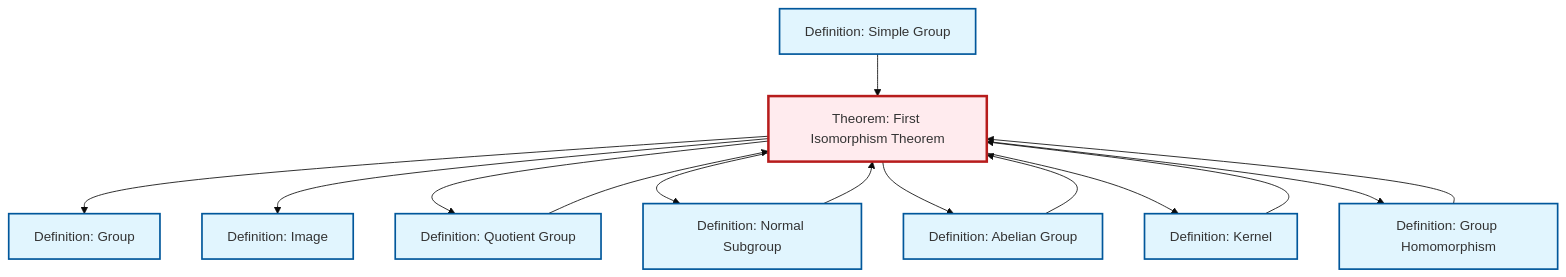
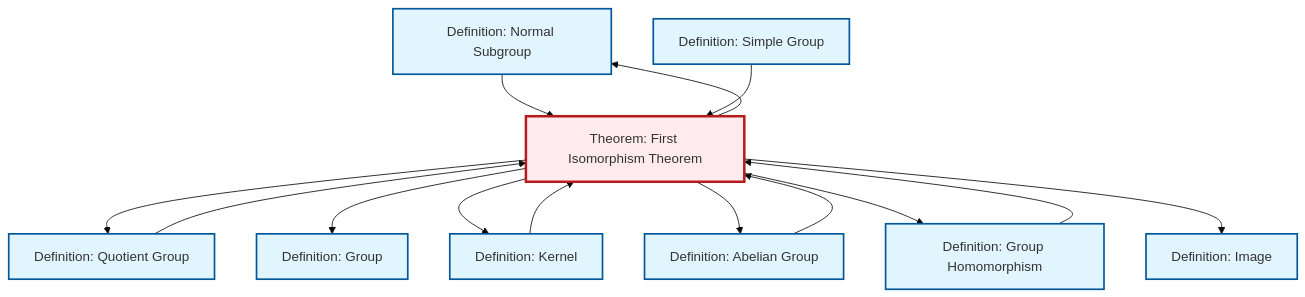
The diagram in content/en/algebra/thm-first-isomorphism.qmd (RK0429/ModernMath), drawn with Mermaid (base theme) before and after one commit. The commit also changed other lines of this file and 619 other files, not shown here.

````diff
--- a/content/en/algebra/thm-first-isomorphism.qmd
+++ b/content/en/algebra/thm-first-isomorphism.qmd
@@ -100,40 +100,40 @@
 ```{mermaid}
 %%| fig-cap: "Local dependency graph"
 graph TD
     classDef definition fill:#e1f5fe,stroke:#01579b,stroke-width:2px
     classDef theorem fill:#f3e5f5,stroke:#4a148c,stroke-width:2px
     classDef axiom fill:#fff3e0,stroke:#e65100,stroke-width:2px
     classDef example fill:#e8f5e9,stroke:#1b5e20,stroke-width:2px
     classDef current fill:#ffebee,stroke:#b71c1c,stroke-width:3px
-    def-simple-group["Definition: Simple Group"]:::definition
-    def-homomorphism["Definition: Group Homomorphism"]:::definition
+    def-normal-subgroup["Definition: Normal Subgroup"]:::definition
+    def-abelian-group["Definition: Abelian Group"]:::definition
+    def-group["Definition: Group"]:::definition
     def-kernel["Definition: Kernel"]:::definition
     thm-first-isomorphism["Theorem: First Isomorphism Theorem"]:::theorem
-    def-normal-subgroup["Definition: Normal Subgroup"]:::definition
-    def-abelian-group["Definition: Abelian Group"]:::definition
     def-quotient-group["Definition: Quotient Group"]:::definition
-    def-group["Definition: Group"]:::definition
+    def-homomorphism["Definition: Group Homomorphism"]:::definition
+    def-simple-group["Definition: Simple Group"]:::definition
     def-image["Definition: Image"]:::definition
+    thm-first-isomorphism --> def-quotient-group
+    def-homomorphism --> thm-first-isomorphism
+    def-abelian-group --> thm-first-isomorphism
+    def-kernel --> thm-first-isomorphism
     thm-first-isomorphism --> def-group
-    def-kernel --> thm-first-isomorphism
-    thm-first-isomorphism --> def-image
-    def-abelian-group --> thm-first-isomorphism
-    thm-first-isomorphism --> def-quotient-group
+    thm-first-isomorphism --> def-kernel
+    thm-first-isomorphism --> def-normal-subgroup
+    thm-first-isomorphism --> def-abelian-group
     def-normal-subgroup --> thm-first-isomorphism
-    thm-first-isomorphism --> def-normal-subgroup
-    def-quotient-group --> thm-first-isomorphism
-    thm-first-isomorphism --> def-abelian-group
-    thm-first-isomorphism --> def-kernel
-    def-homomorphism --> thm-first-isomorphism
     def-simple-group --> thm-first-isomorphism
     thm-first-isomorphism --> def-homomorphism
+    def-quotient-group --> thm-first-isomorphism
+    thm-first-isomorphism --> def-image
     class thm-first-isomorphism current
-    click def-simple-group "def-simple-group.html" "Go to Simple Group definition"
-    click def-homomorphism "def-homomorphism.html" "Go to Group Homomorphism definition"
-    click def-kernel "def-kernel.html" "Go to Kernel definition"
     click def-normal-subgroup "def-normal-subgroup.html" "Go to Normal Subgroup definition"
     click def-abelian-group "def-abelian-group.html" "Go to Abelian Group definition"
+    click def-group "def-group.html" "Go to Group definition"
+    click def-kernel "def-kernel.html" "Go to Kernel definition"
     click def-quotient-group "def-quotient-group.html" "Go to Quotient Group definition"
-    click def-group "def-group.html" "Go to Group definition"
+    click def-homomorphism "def-homomorphism.html" "Go to Group Homomorphism definition"
+    click def-simple-group "def-simple-group.html" "Go to Simple Group definition"
     click def-image "def-image.html" "Go to Image definition"
 ```
````
